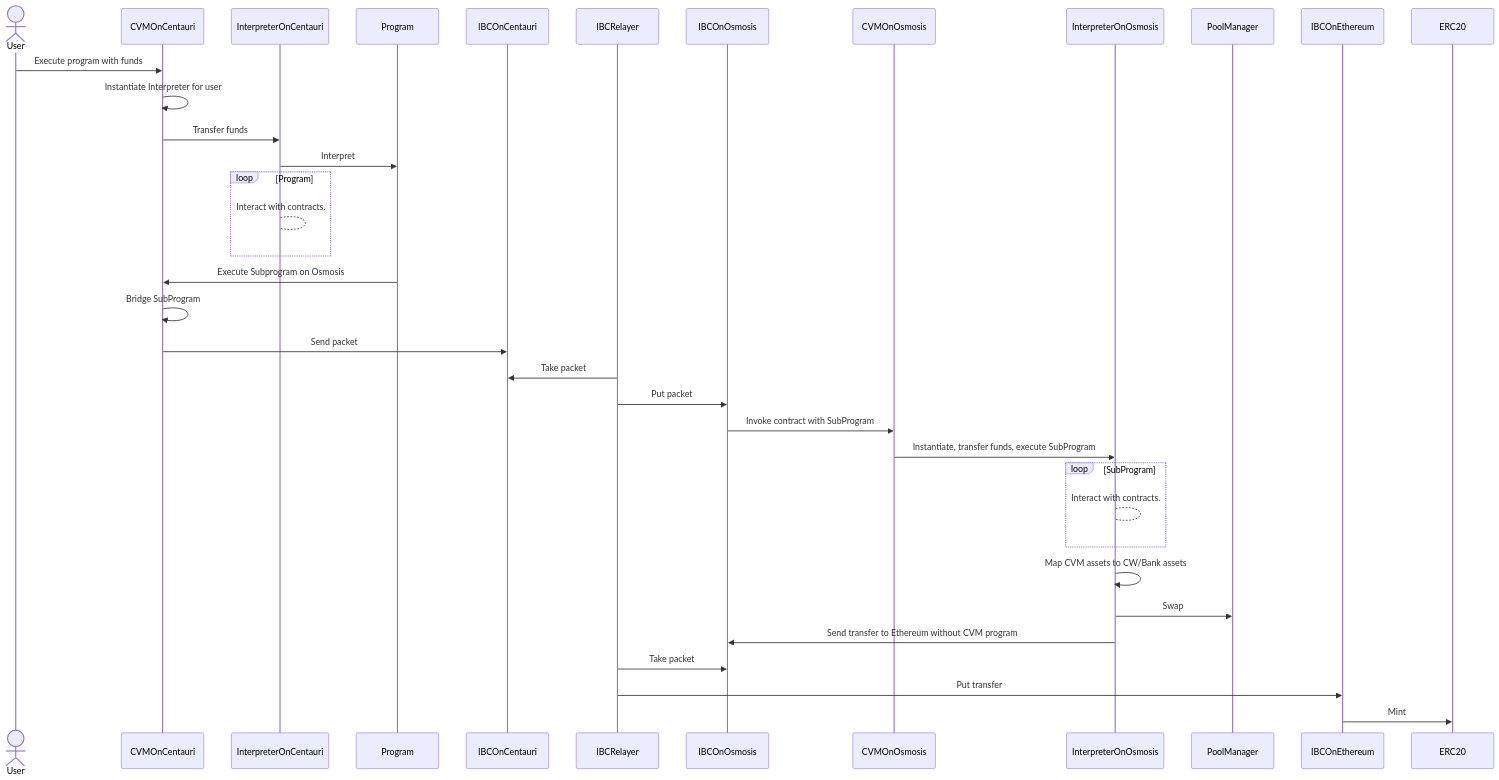
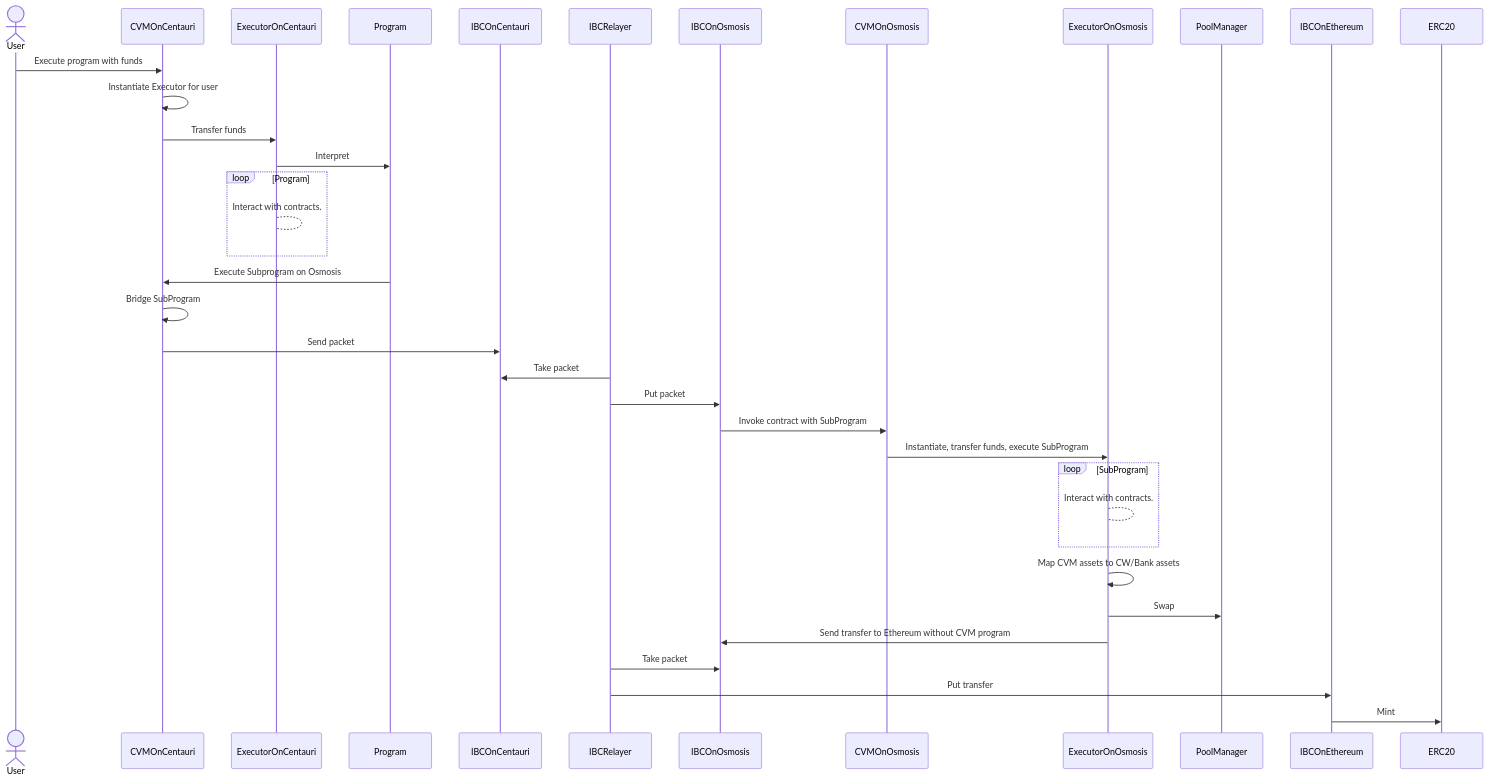
One commit to ComposableFi/composable changed the fourth of 4 diagrams in code/xcvm/semantic.md. Above: the diagram before and after it, drawn with Mermaid. The commit also changed other lines of this file and 12 other files, not shown here.

````diff
--- a/code/xcvm/semantic.md
+++ b/code/xcvm/semantic.md
@@ -357,27 +361,27 @@
 ```mermaid
 sequenceDiagram
    actor User
    User ->>CVMOnCentauri : Execute program with funds
-   CVMOnCentauri ->> CVMOnCentauri: Instantiate Interpreter for user
-   CVMOnCentauri ->> InterpreterOnCentauri : Transfer funds
-   InterpreterOnCentauri ->> Program : Interpret 
+   CVMOnCentauri ->> CVMOnCentauri: Instantiate Executor for user
+   CVMOnCentauri ->> ExecutorOnCentauri : Transfer funds
+   ExecutorOnCentauri ->> Program : Interpret 
    loop Program
-        InterpreterOnCentauri-->InterpreterOnCentauri: Interact with contracts.
+        ExecutorOnCentauri-->ExecutorOnCentauri: Interact with contracts.
    end
    Program ->> CVMOnCentauri : Execute Subprogram on Osmosis
    CVMOnCentauri ->> CVMOnCentauri: Bridge SubProgram
    CVMOnCentauri ->> IBCOnCentauri: Send packet
    IBCRelayer ->>  IBCOnCentauri: Take packet
    IBCRelayer ->> IBCOnOsmosis: Put packet
    IBCOnOsmosis ->> CVMOnOsmosis: Invoke contract with SubProgram
-   CVMOnOsmosis ->> InterpreterOnOsmosis: Instantiate, transfer funds, execute SubProgram
+   CVMOnOsmosis ->> ExecutorOnOsmosis: Instantiate, transfer funds, execute SubProgram
    loop SubProgram
-        InterpreterOnOsmosis-->InterpreterOnOsmosis: Interact with contracts.
+        ExecutorOnOsmosis-->ExecutorOnOsmosis: Interact with contracts.
    end
-   InterpreterOnOsmosis ->> InterpreterOnOsmosis: Map CVM assets to CW/Bank assets
-   InterpreterOnOsmosis ->> PoolManager : Swap
-   InterpreterOnOsmosis ->> IBCOnOsmosis : Send transfer to Ethereum without CVM program
+   ExecutorOnOsmosis ->> ExecutorOnOsmosis: Map CVM assets to CW/Bank assets
+   ExecutorOnOsmosis ->> PoolManager : Swap
+   ExecutorOnOsmosis ->> IBCOnOsmosis : Send transfer to Ethereum without CVM program
    IBCRelayer ->> IBCOnOsmosis: Take packet 
    IBCRelayer ->> IBCOnEthereum: Put transfer
    IBCOnEthereum ->> ERC20: Mint 
 ```
````
